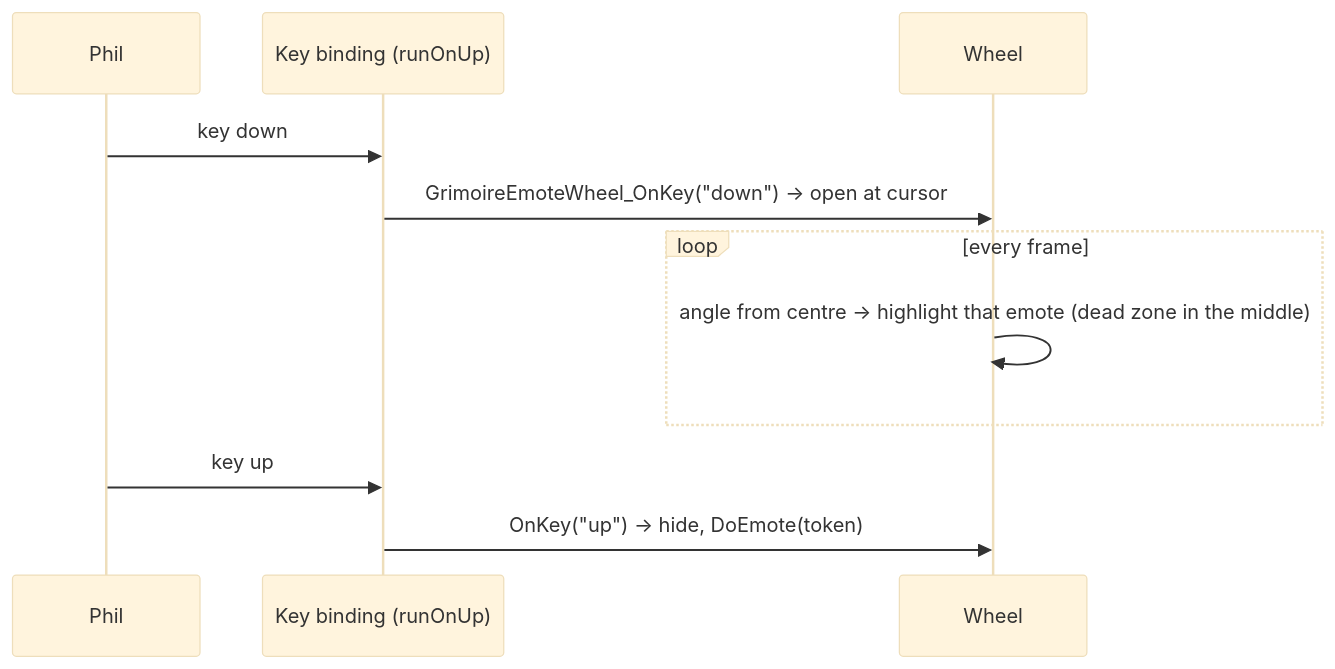
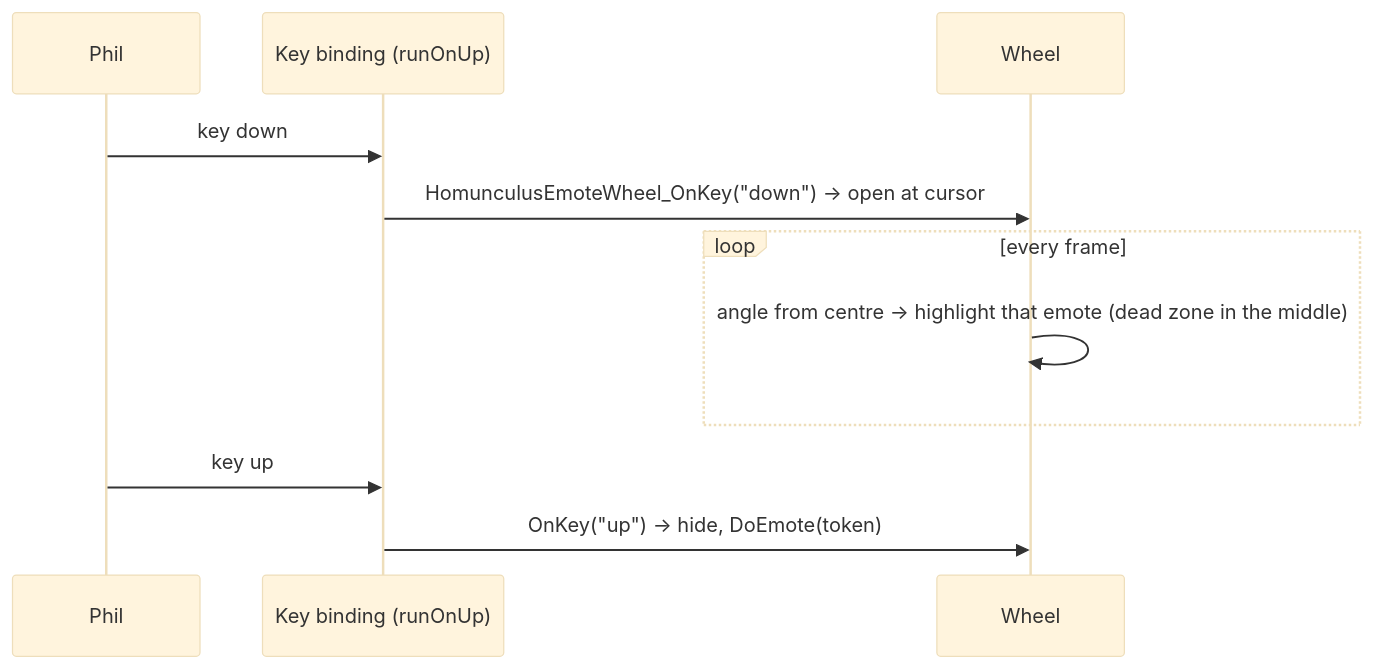
One commit to PhillypHenning/grimoire changed the second of 2 diagrams in docs/features/emote-wheel/README.md. Above: the diagram before and after it, drawn with Mermaid (base theme). The commit also changed other lines of this file and 178 other files, not shown here.

First line of the commit message:
Rename the suite from Grimoire to Homunculus (ADR 0010)

````diff
--- a/docs/features/emote-wheel/README.md
+++ b/docs/features/emote-wheel/README.md
@@ -22,13 +22,13 @@
 ```mermaid
 sequenceDiagram
     participant Phil
     participant Binding as Key binding (runOnUp)
     participant Wheel
     Phil->>Binding: key down
-    Binding->>Wheel: GrimoireEmoteWheel_OnKey("down") → open at cursor
+    Binding->>Wheel: HomunculusEmoteWheel_OnKey("down") → open at cursor
     loop every frame
         Wheel->>Wheel: angle from centre → highlight that emote (dead zone in the middle)
     end
     Phil->>Binding: key up
     Binding->>Wheel: OnKey("up") → hide, DoEmote(token)
 ```
````
